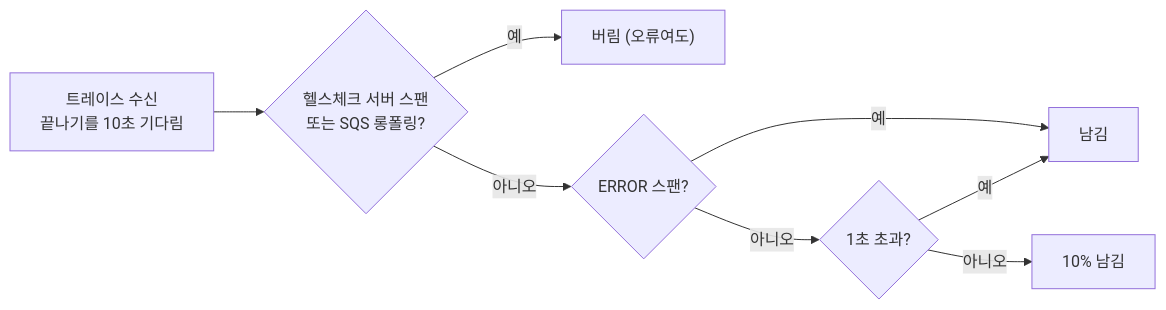
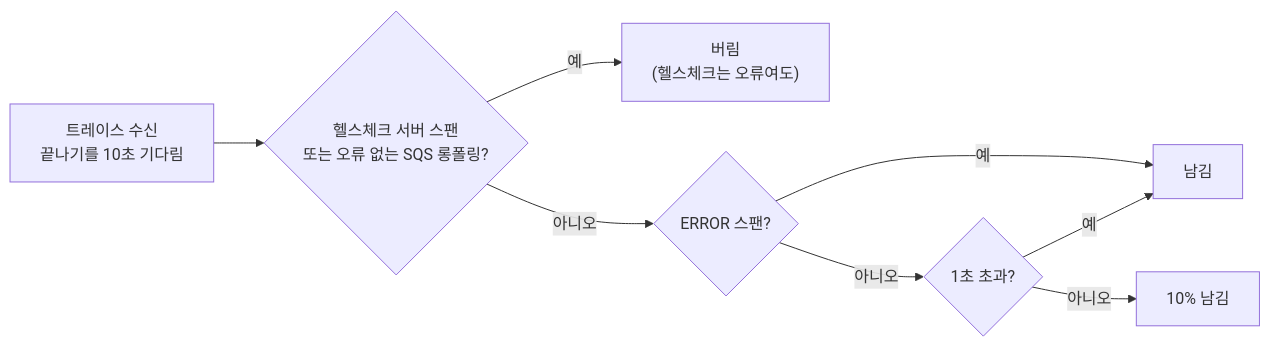
One commit to Grandis-2/nova-infra changed the second of 4 diagrams in terraform/aws/monitoring/lgtm/nova_apnortheast2/config/README.md. Above: the diagram before and after it, drawn with Mermaid. The commit also changed other lines of this file, not shown here.

Commit message:
docs(monitoring): 샘플링 · APM 도식에 오류 난 롱폴링은 남긴다고 명시 (NV-538 리뷰)

````diff
--- a/terraform/aws/monitoring/lgtm/nova_apnortheast2/config/README.md
+++ b/terraform/aws/monitoring/lgtm/nova_apnortheast2/config/README.md
@@ -73,10 +73,10 @@
 ```mermaid
 flowchart LR
-  start["트레이스 수신<br/>끝나기를 10초 기다림"] --> noise{"헬스체크 서버 스팬<br/>또는 SQS 롱폴링?"}
-  noise -- "예" --> drop["버림 (오류여도)"]
+  start["트레이스 수신<br/>끝나기를 10초 기다림"] --> noise{"헬스체크 서버 스팬<br/>또는 오류 없는 SQS 롱폴링?"}
+  noise -- "예" --> drop["버림<br/>(헬스체크는 오류여도)"]
   noise -- "아니오" --> err{"ERROR 스팬?"}
   err -- "예" --> keep["남김"]
   err -- "아니오" --> slow{"1초 초과?"}
   slow -- "예" --> keep
   slow -- "아니오" --> pct["10% 남김"]
 ```
````
